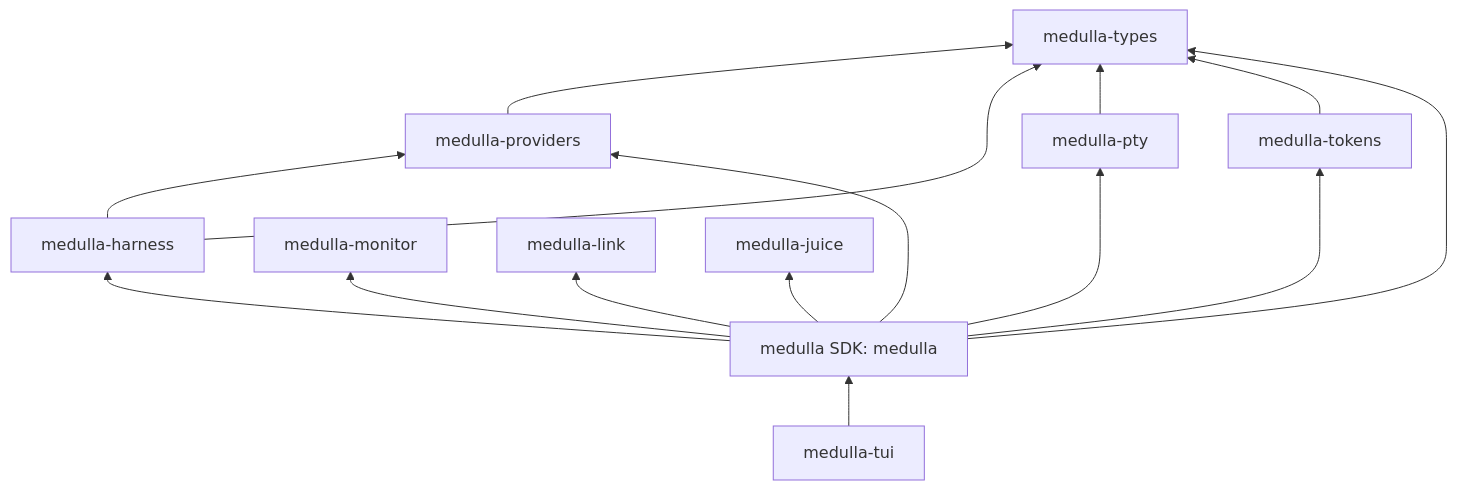
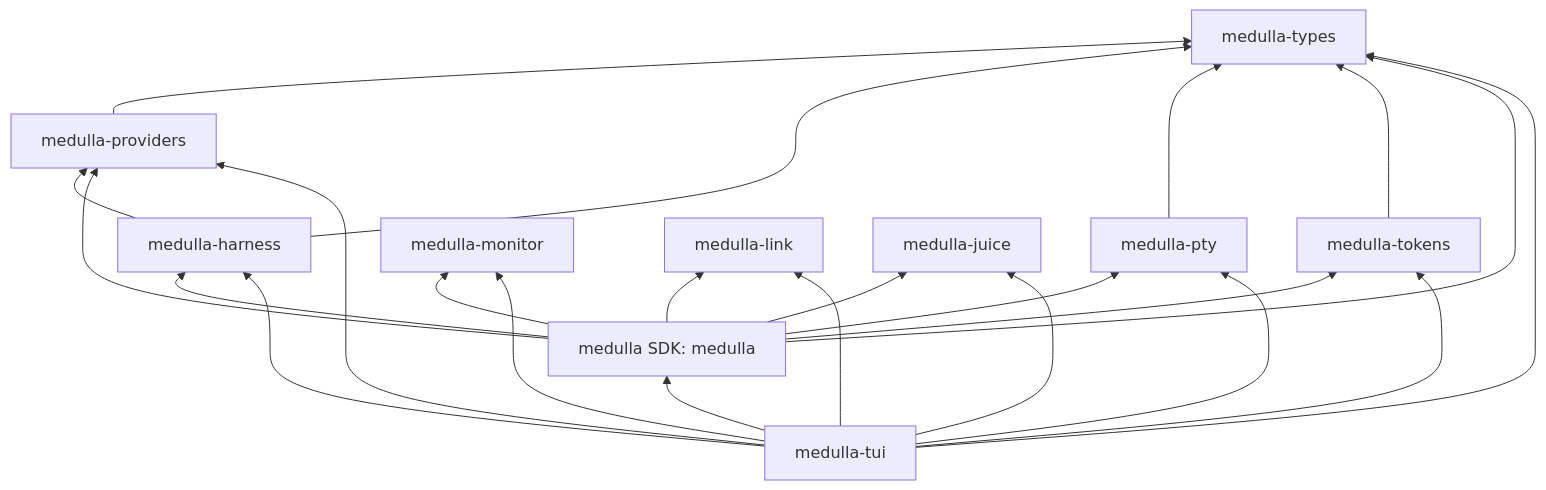
The diagram in gitbooks/developers/architecture.md (senamakel/medulla), drawn with Mermaid before and after one commit. The commit also changed 1 other file, not shown here.

Commit message:
docs: show medulla-tui dependencies in architecture diagrams
The architecture and one-product diagrams now list the primitive crates that
medulla-tui depends on directly, matching the surrounding prose that already
described those edges.

Auto-committed-on: cuttlefish

````diff
--- a/gitbooks/developers/architecture.md
+++ b/gitbooks/developers/architecture.md
@@ -9,21 +9,29 @@
 ```mermaid
 graph BT
   types[medulla-types]
   providers[medulla-providers] --> types
   harness[medulla-harness] --> types
   harness --> providers
   pty[medulla-pty] --> types
   tokens[medulla-tokens] --> types
   monitor[medulla-monitor]
   link[medulla-link]
   juice[medulla-juice]
   sdk[medulla SDK: medulla] --> types
   sdk --> providers
   sdk --> harness
   sdk --> pty
   sdk --> tokens
   sdk --> monitor
   sdk --> link
   sdk --> juice
   tui[medulla-tui] --> sdk
+  tui --> harness
+  tui --> providers
+  tui --> pty
+  tui --> monitor
+  tui --> link
+  tui --> juice
+  tui --> tokens
+  tui --> types
 ```
````
